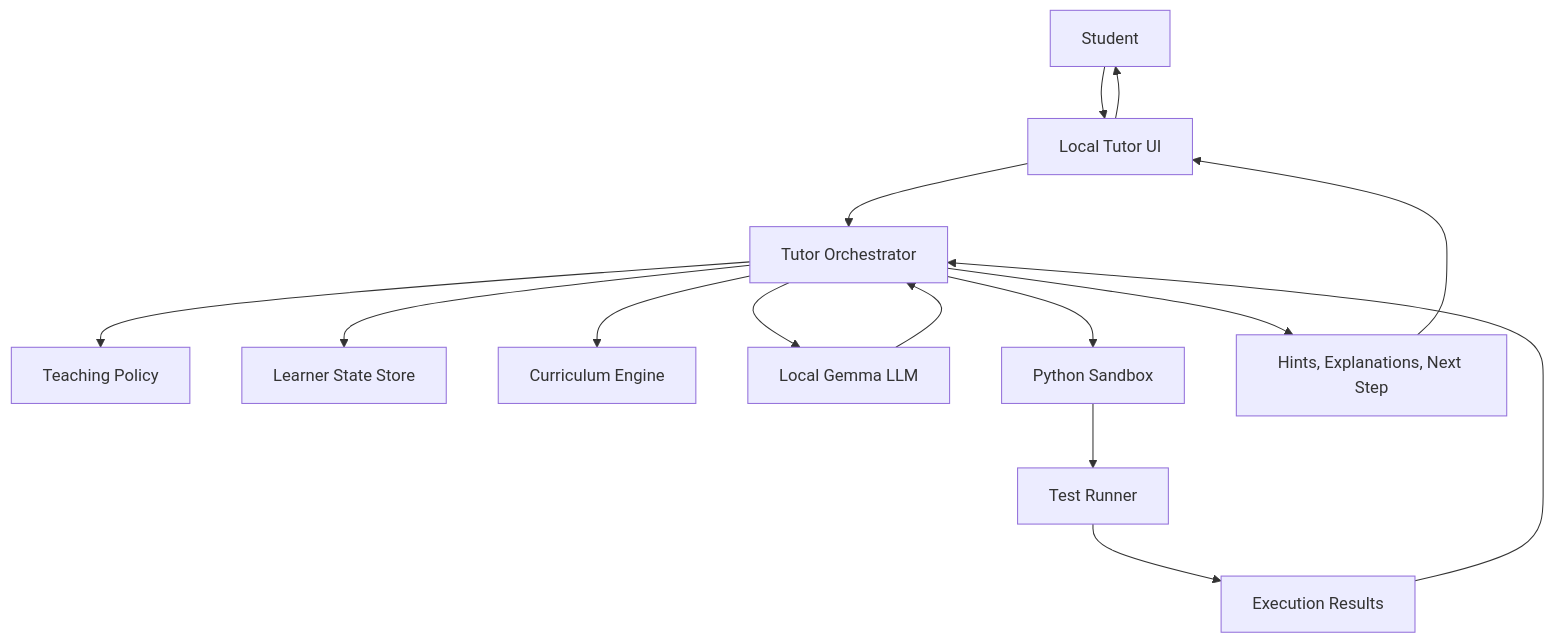
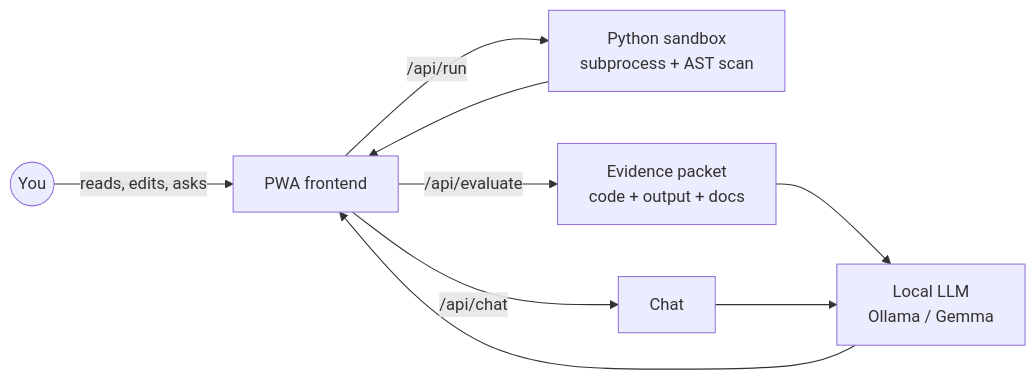
The first of 2 diagrams in README.md (StewAlexander-com/python-tutor), drawn with Mermaid before and after one commit. The commit also changed other lines of this file, not shown here.

````diff
--- a/README.md
+++ b/README.md
@@ -25,17 +46,11 @@
 ```mermaid
-flowchart TD
-    Student[Student] --> UI[Local Tutor UI]
-    UI --> Orchestrator[Tutor Orchestrator]
-    Orchestrator --> Policy[Teaching Policy]
-    Orchestrator --> State[Learner State Store]
-    Orchestrator --> Curriculum[Curriculum Engine]
-    Orchestrator --> LLM[Local Gemma LLM]
-    Orchestrator --> Sandbox[Python Sandbox]
-    Sandbox --> Tests[Test Runner]
-    Tests --> Results[Execution Results]
-    Results --> Orchestrator
-    LLM --> Orchestrator
-    Orchestrator --> Feedback[Hints, Explanations, Next Step]
-    Feedback --> UI
-    UI --> Student
+flowchart LR
+    Student((You)) -->|reads, edits, asks| UI[PWA frontend]
+    UI -->|/api/run| Sandbox[Python sandbox<br/>subprocess + AST scan]
+    UI -->|/api/evaluate| Evidence[Evidence packet<br/>code + output + docs]
+    UI -->|/api/chat| Chat[Chat]
+    Evidence --> LLM[Local LLM<br/>Ollama / Gemma]
+    Chat --> LLM
+    LLM --> UI
+    Sandbox --> UI
 ```
````
